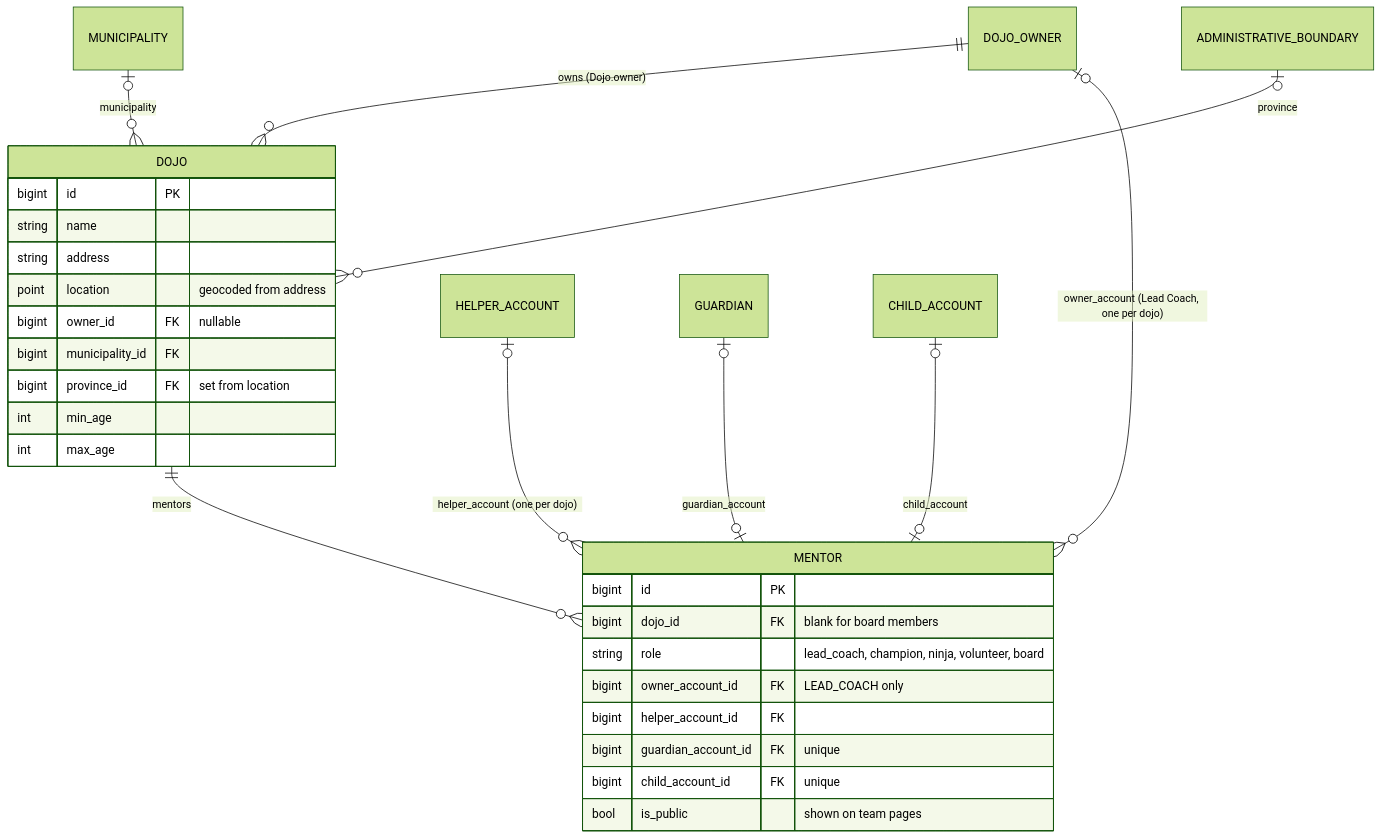
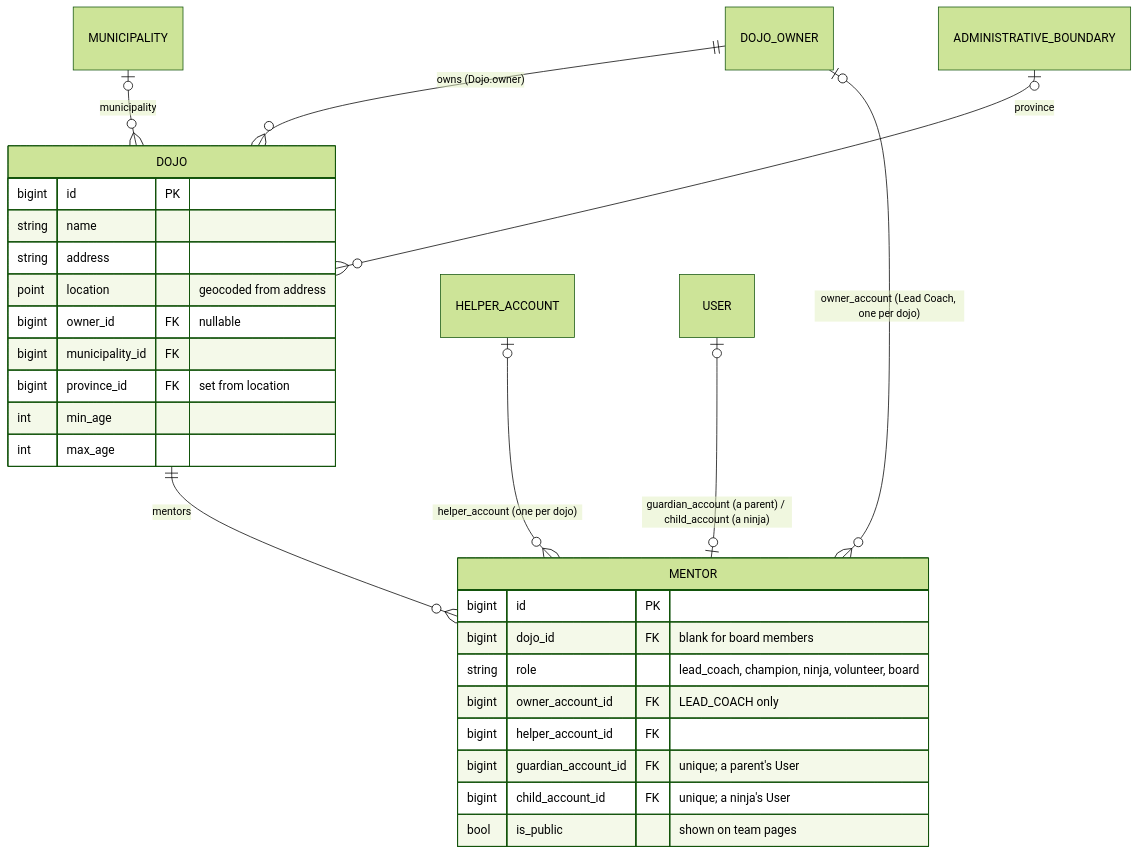
The third of 20 diagrams in DATA_MODEL.md (DoublG/coderdojo-event-registration), drawn with Mermaid (forest theme) before and after one commit. The commit also changed other lines of this file and 35 other files, not shown here.

````diff
--- a/DATA_MODEL.md
+++ b/DATA_MODEL.md
@@ -175,33 +180,32 @@
 ```mermaid
 erDiagram
     DOJO_OWNER ||--o{ DOJO : "owns (Dojo.owner)"
     DOJO ||--o{ MENTOR : "mentors"
     DOJO_OWNER |o--o{ MENTOR : "owner_account (Lead Coach, one per dojo)"
     HELPER_ACCOUNT |o--o{ MENTOR : "helper_account (one per dojo)"
-    GUARDIAN |o--o| MENTOR : "guardian_account"
-    CHILD_ACCOUNT |o--o| MENTOR : "child_account"
+    USER |o--o| MENTOR : "guardian_account (a parent) / child_account (a ninja)"
     MUNICIPALITY |o--o{ DOJO : "municipality"
     ADMINISTRATIVE_BOUNDARY |o--o{ DOJO : "province"
 
     DOJO {
         bigint id PK
         string name
         string address
         point location "geocoded from address"
         bigint owner_id FK "nullable"
         bigint municipality_id FK
         bigint province_id FK "set from location"
         int min_age
         int max_age
     }
     MENTOR {
         bigint id PK
         bigint dojo_id FK "blank for board members"
         string role "lead_coach, champion, ninja, volunteer, board"
         bigint owner_account_id FK "LEAD_COACH only"
         bigint helper_account_id FK
-        bigint guardian_account_id FK "unique"
-        bigint child_account_id FK "unique"
+        bigint guardian_account_id FK "unique; a parent's User"
+        bigint child_account_id FK "unique; a ninja's User"
         bool is_public "shown on team pages"
     }
 ```
````
